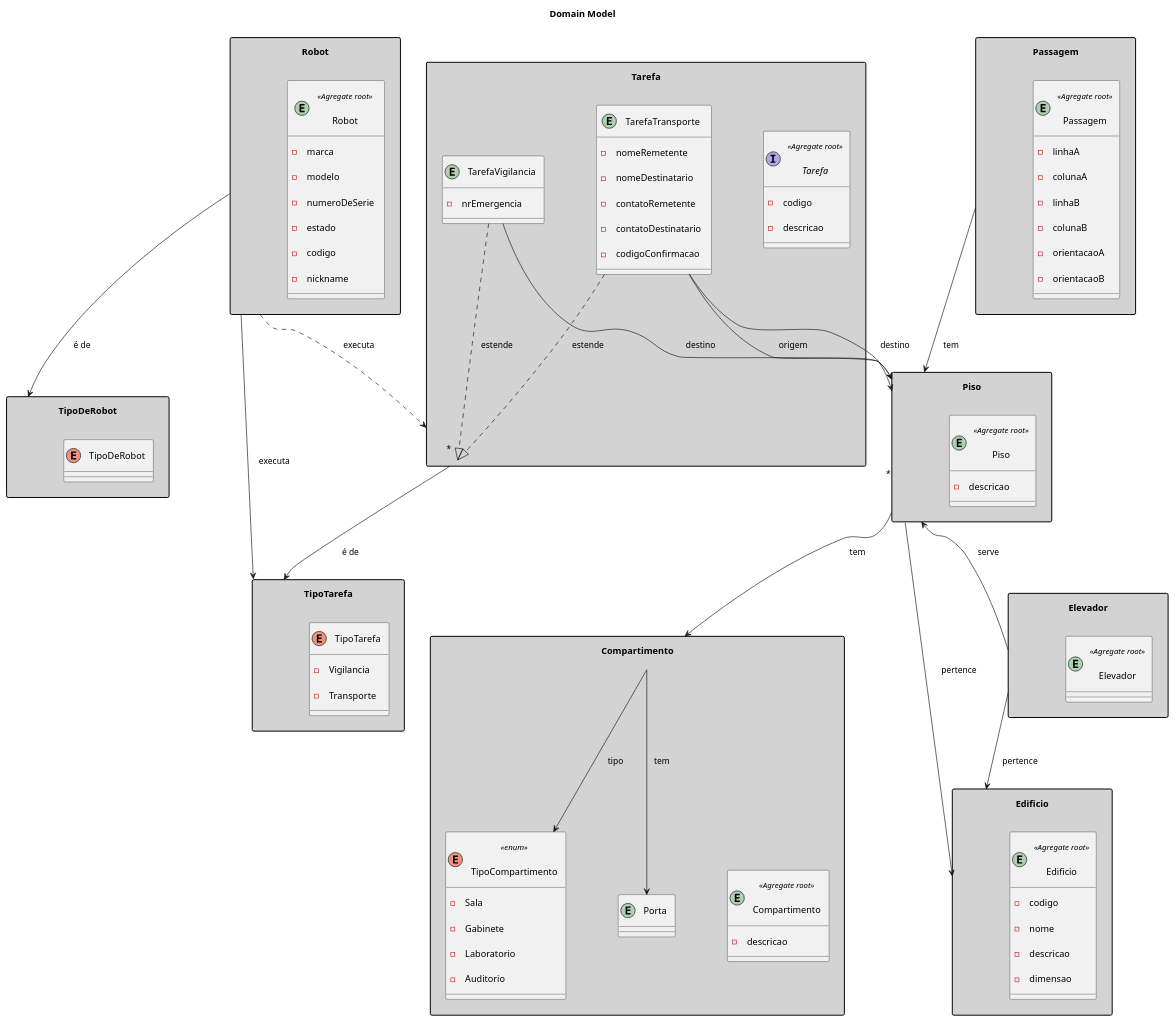
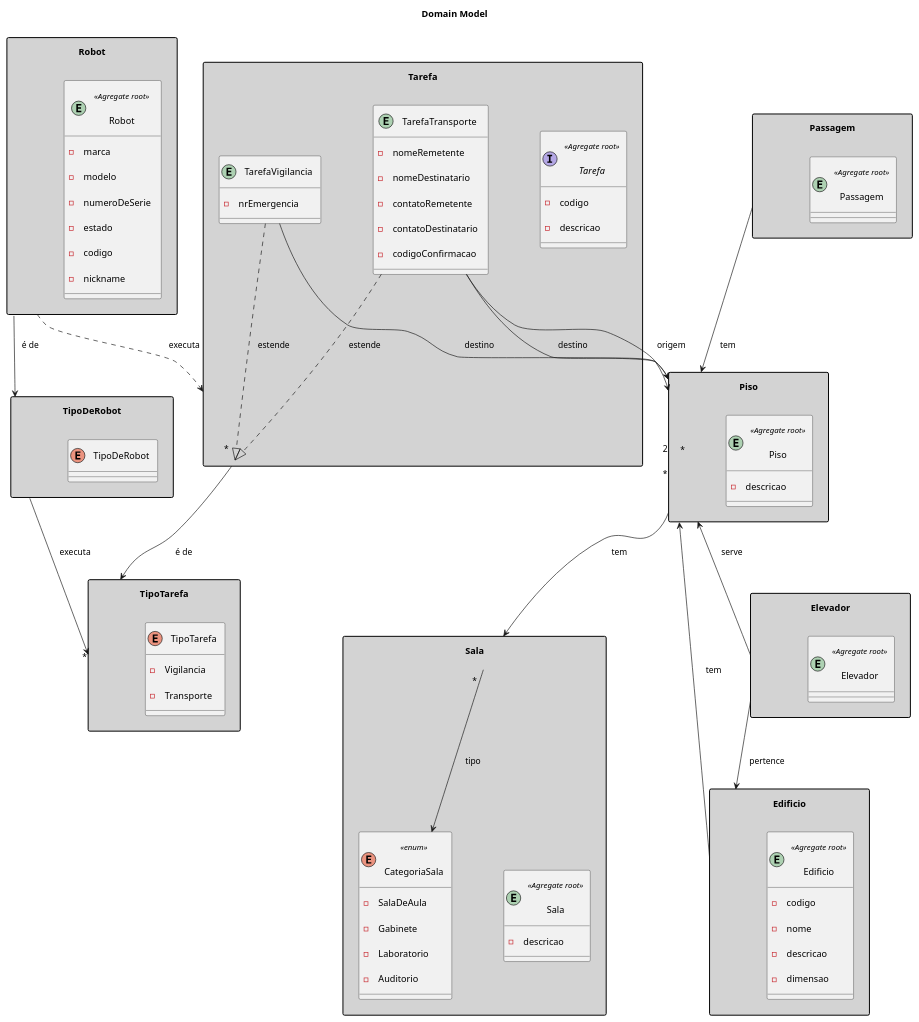
The diagram in docs/domainModel/domainModel.puml (rpeir/LAPR5), drawn with PlantUML before and after one commit.

Commit message:
#FRG-1 Corrected relationship's cardinalities and other small corrections

```diff
--- a/docs/domainModel/domainModel.puml
+++ b/docs/domainModel/domainModel.puml
@@ -1,139 +1,129 @@
 @startuml Domain Model
 
 title "Domain Model"
 ' left to right direction
 ' top to bottom direction
 skinparam Padding 10
 skinparam Nodesep 80
 skinparam ranksep 100
 skinparam groupInheritance 1
 ' skinparam linetype ortho
 skinparam separation 1000
 skinparam NoteBackgroundColor #A9A9A9
 skinparam PackageStyle rectangle
 skinparam package {
     BackgroundColor #D3D3D3
     FontStyle bold
 }
 
 ' hide circle
 ' hide methods
 
 package Robot {
     entity Robot <<Agregate root>>{
         -marca
         -modelo
         -numeroDeSerie
         -estado
         -codigo
         -nickname
     }
 }
 
 package TipoDeRobot {
     Enum TipoDeRobot {
     }
 }
 
 package TipoTarefa{
     enum TipoTarefa{
         -Vigilancia
         -Transporte
     }
 }
 
 package Tarefa {
     interface Tarefa <<Agregate root>>{
         - codigo
         - descricao
 
     }
 
     entity TarefaVigilancia {
         - nrEmergencia
     }
     entity TarefaTransporte {
         - nomeRemetente
         - nomeDestinatario
         - contatoRemetente
         - contatoDestinatario
         - codigoConfirmacao
     }
 }
 
 package Edificio{
     entity Edificio <<Agregate root>>{
         - codigo
         - nome
         - descricao
         - dimensao
     }
 }
 
 package Piso{
     entity Piso <<Agregate root>> {
         - descricao
     }
 
 }
 
 package Elevador {
     entity Elevador <<Agregate root>> {
       }
 }
 
-package Compartimento{
-    Entity Compartimento <<Agregate root>> {
+package Sala{
+    Entity Sala <<Agregate root>> {
         - descricao
     }
 
-    enum TipoCompartimento <<enum>>{
-            - Sala
+    enum CategoriaSala <<enum>>{
+            - SalaDeAula
             - Gabinete
             - Laboratorio
             - Auditorio
     }
+}
 
-    entity Porta{
-    }
-
-}
 package Passagem{
     entity Passagem <<Agregate root>>{
-        - linhaA
-        - colunaA
-        - linhaB
-        - colunaB
-        - orientacaoA
-        - orientacaoB
     }
 }
 
-TarefaVigilancia ..|> Tarefa:  estende
+TarefaVigilancia ..|> Tarefa: estende
 TarefaTransporte ..|> Tarefa: estende
 
-Compartimento --> Porta: tem
-Compartimento --> TipoCompartimento: tipo
+Sala --> CategoriaSala: tipo
 
-Robot --> TipoTarefa: executa
+TipoDeRobot --> "*" TipoTarefa: executa
 
-Piso --> Edificio: pertence
+Piso "*" <-- Edificio: tem
 Piso "*" <-- Elevador : serve
-Piso --> Compartimento: tem
+Piso --> "*" Sala: tem
 
 Elevador --> Edificio: pertence
 
 TarefaTransporte --> Piso: destino
 TarefaTransporte --> Piso: origem
 
 TarefaVigilancia --> Piso: destino
 
-Passagem --> Piso: tem
+Passagem --> "2" Piso: tem
 
 Robot --> TipoDeRobot : é de
 
 Tarefa --> TipoTarefa : é de
 
 Robot ..> "*" Tarefa : executa
 
 @enduml
```
